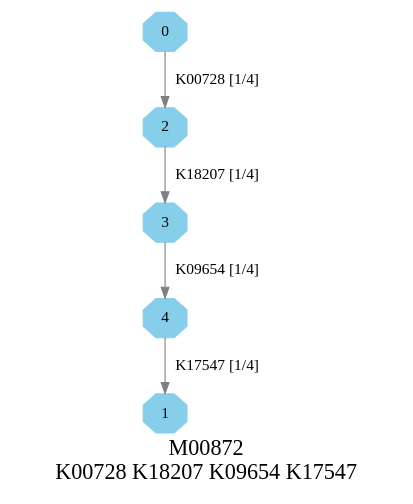
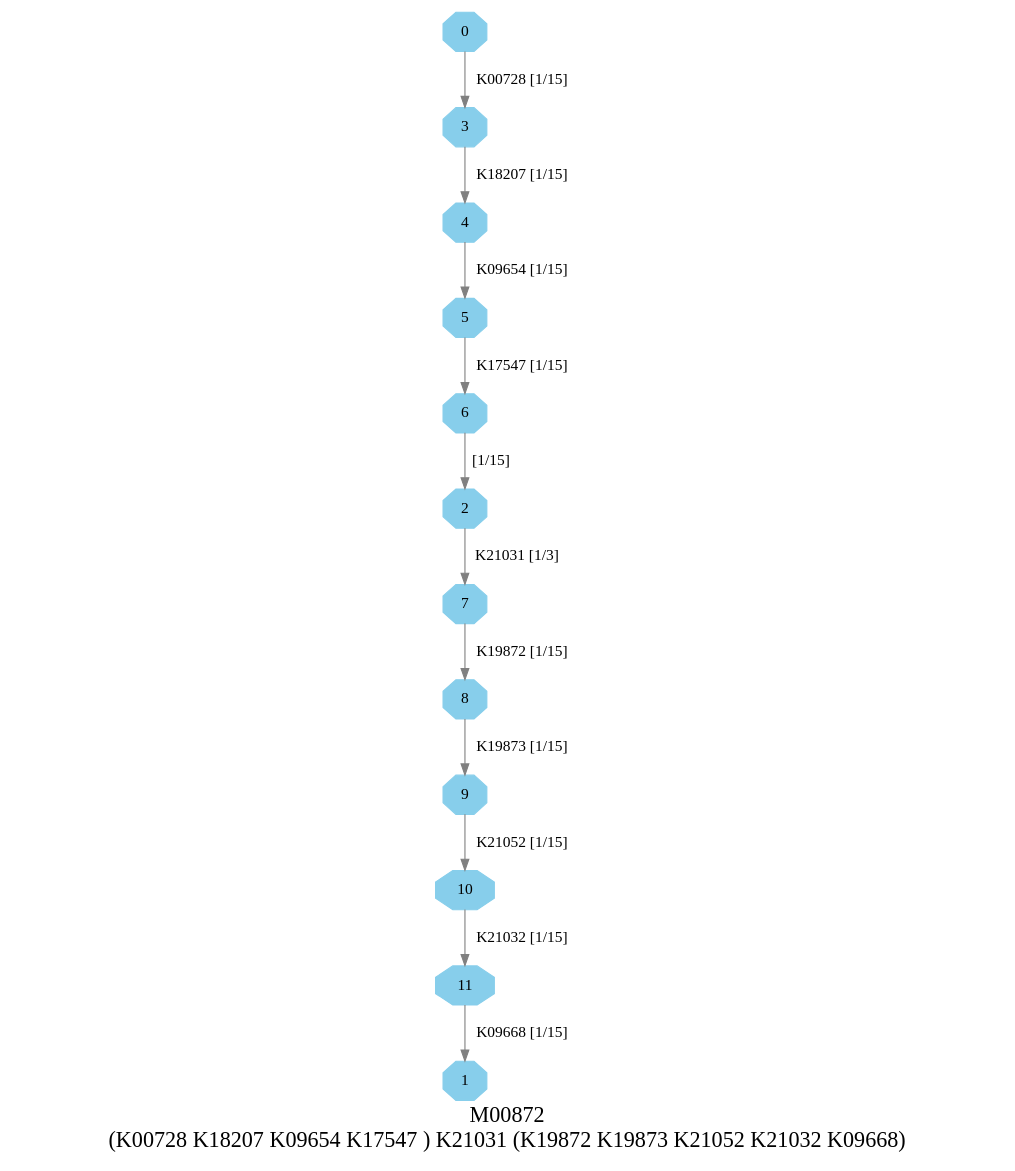
The diagram in kegg_pathways_completeness/graphs/dots/M00872.dot (EBI-Metagenomics/kegg-pathways-completeness-tool), drawn with Graphviz before and after one commit. The commit also changed 587 other files, not shown here.

```diff
--- a/kegg_pathways_completeness/graphs/dots/M00872.dot
+++ b/kegg_pathways_completeness/graphs/dots/M00872.dot
@@ -1,11 +1,18 @@
 digraph G {
 graph [label="M00872
-K00728 K18207 K09654 K17547",fontsize=20];
+(K00728 K18207 K09654 K17547 ) K21031 (K19872 K19873 K21052 K21032 K09668)",fontsize=20];
 node [shape=box,style=filled];
 edge [len=3,color=grey];
-{node [width=.3,height=.3,shape=octagon,style=filled,color=skyblue] 0 1 2 3 4 }
-0 -> 2 [label="K00728 [1/4]"];
-2 -> 3 [label="K18207 [1/4]"];
-3 -> 4 [label="K09654 [1/4]"];
-4 -> 1 [label="K17547 [1/4]"];
+{node [width=.3,height=.3,shape=octagon,style=filled,color=skyblue] 0 1 2 3 4 5 6 7 8 9 10 11 }
+0 -> 3 [label="K00728 [1/15]"];
+2 -> 7 [label="K21031 [1/3]"];
+3 -> 4 [label="K18207 [1/15]"];
+4 -> 5 [label="K09654 [1/15]"];
+5 -> 6 [label="K17547 [1/15]"];
+6 -> 2 [label=" [1/15]"];
+7 -> 8 [label="K19872 [1/15]"];
+8 -> 9 [label="K19873 [1/15]"];
+9 -> 10 [label="K21052 [1/15]"];
+10 -> 11 [label="K21032 [1/15]"];
+11 -> 1 [label="K09668 [1/15]"];
 }
```
